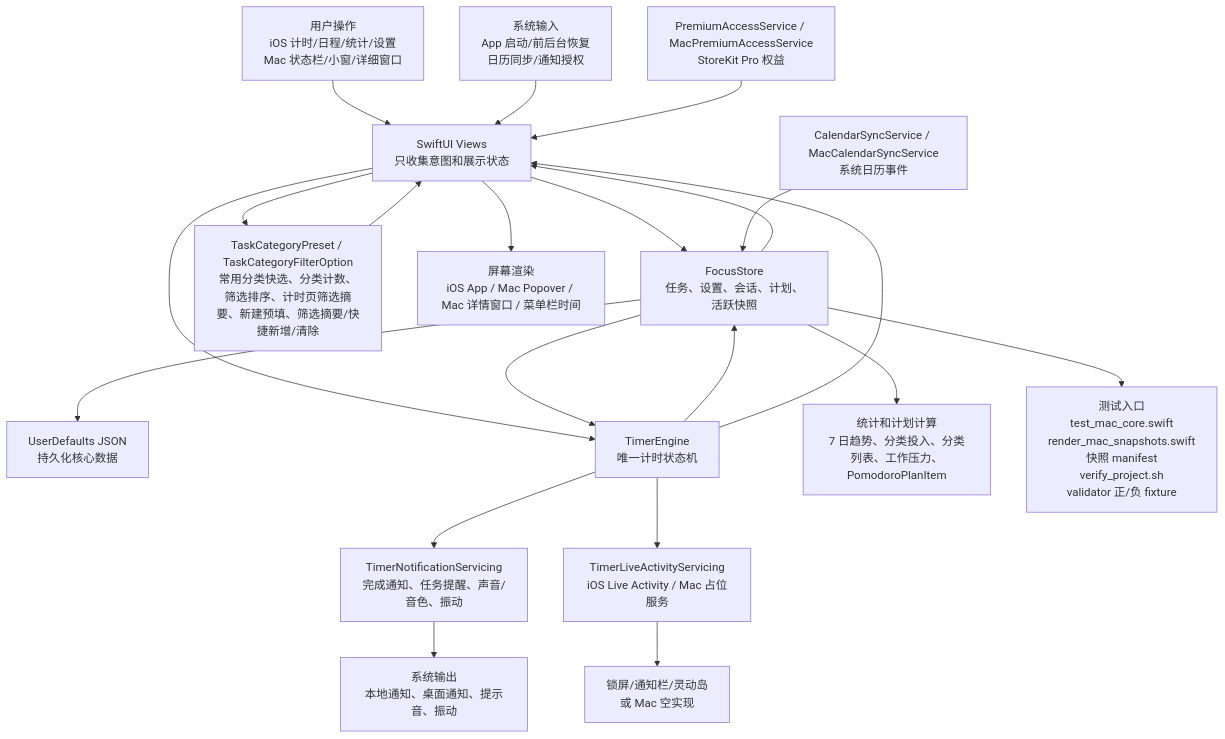
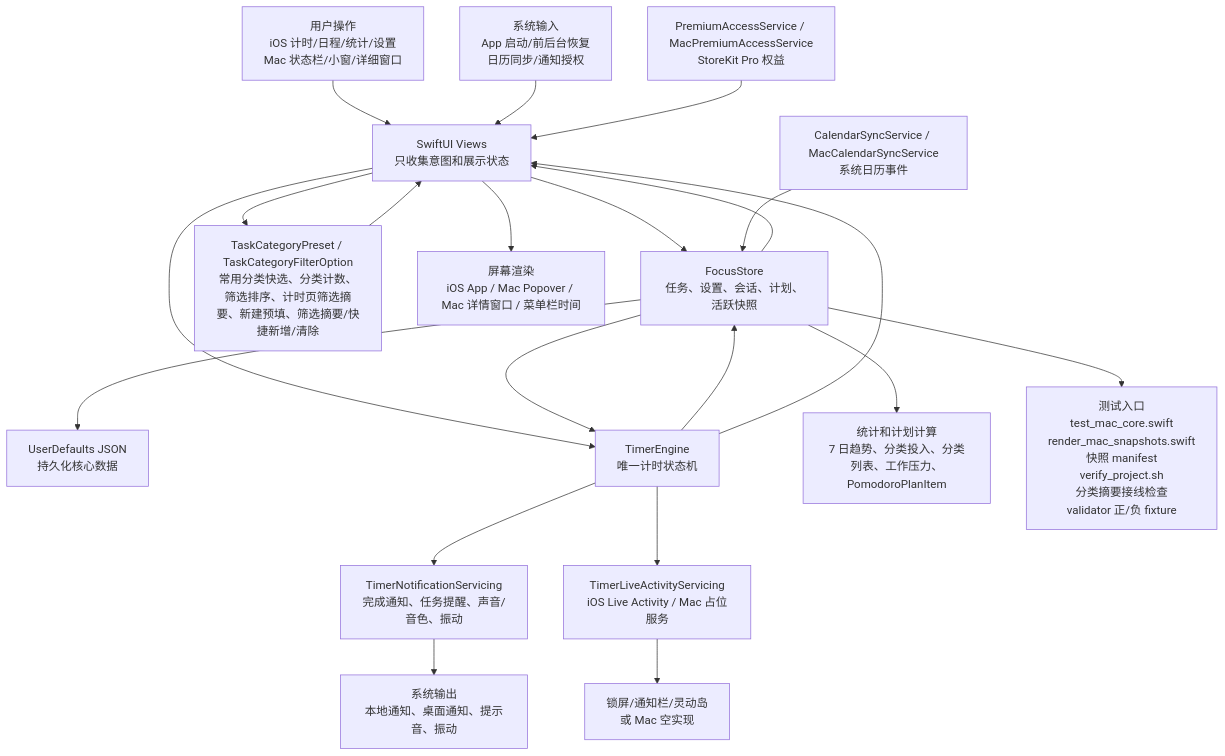
The first of 6 diagrams in md/flow/flowchart.md (Altman-sam114/114), drawn with Mermaid before and after one commit. The commit also changed 6 other files, not shown here.

````diff
--- a/md/flow/flowchart.md
+++ b/md/flow/flowchart.md
@@ -9,23 +9,23 @@
 ```mermaid
 flowchart TD
   U["用户操作<br/>iOS 计时/日程/统计/设置<br/>Mac 状态栏/小窗/详细窗口"] --> V["SwiftUI Views<br/>只收集意图和展示状态"]
   SYS["系统输入<br/>App 启动/前后台恢复<br/>日历同步/通知授权"] --> V
   V --> S["FocusStore<br/>任务、设置、会话、计划、活跃快照"]
   V --> CAT["TaskCategoryPreset / TaskCategoryFilterOption<br/>常用分类快选、分类计数、筛选排序、计时页筛选摘要、新建预填、筛选摘要/快捷新增/清除"]
   CAT --> V
   S --> P["UserDefaults JSON<br/>持久化核心数据"]
   V --> E["TimerEngine<br/>唯一计时状态机"]
   S --> E
   E --> S
   E --> N["TimerNotificationServicing<br/>完成通知、任务提醒、声音/音色、振动"]
   E --> L["TimerLiveActivityServicing<br/>iOS Live Activity / Mac 占位服务"]
   S --> C["统计和计划计算<br/>7 日趋势、分类投入、分类列表、工作压力、PomodoroPlanItem"]
   CAL["CalendarSyncService / MacCalendarSyncService<br/>系统日历事件"] --> S
   PRO["PremiumAccessService / MacPremiumAccessService<br/>StoreKit Pro 权益"] --> V
   S --> V
   E --> V
   V --> OUT["屏幕渲染<br/>iOS App / Mac Popover / Mac 详情窗口 / 菜单栏时间"]
   N --> OUT2["系统输出<br/>本地通知、桌面通知、提示音、振动"]
   L --> OUT3["锁屏/通知栏/灵动岛<br/>或 Mac 空实现"]
-  S --> T["测试入口<br/>test_mac_core.swift<br/>render_mac_snapshots.swift<br/>快照 manifest<br/>verify_project.sh<br/>validator 正/负 fixture"]
+  S --> T["测试入口<br/>test_mac_core.swift<br/>render_mac_snapshots.swift<br/>快照 manifest<br/>verify_project.sh<br/>分类摘要接线检查<br/>validator 正/负 fixture"]
 ```
````
